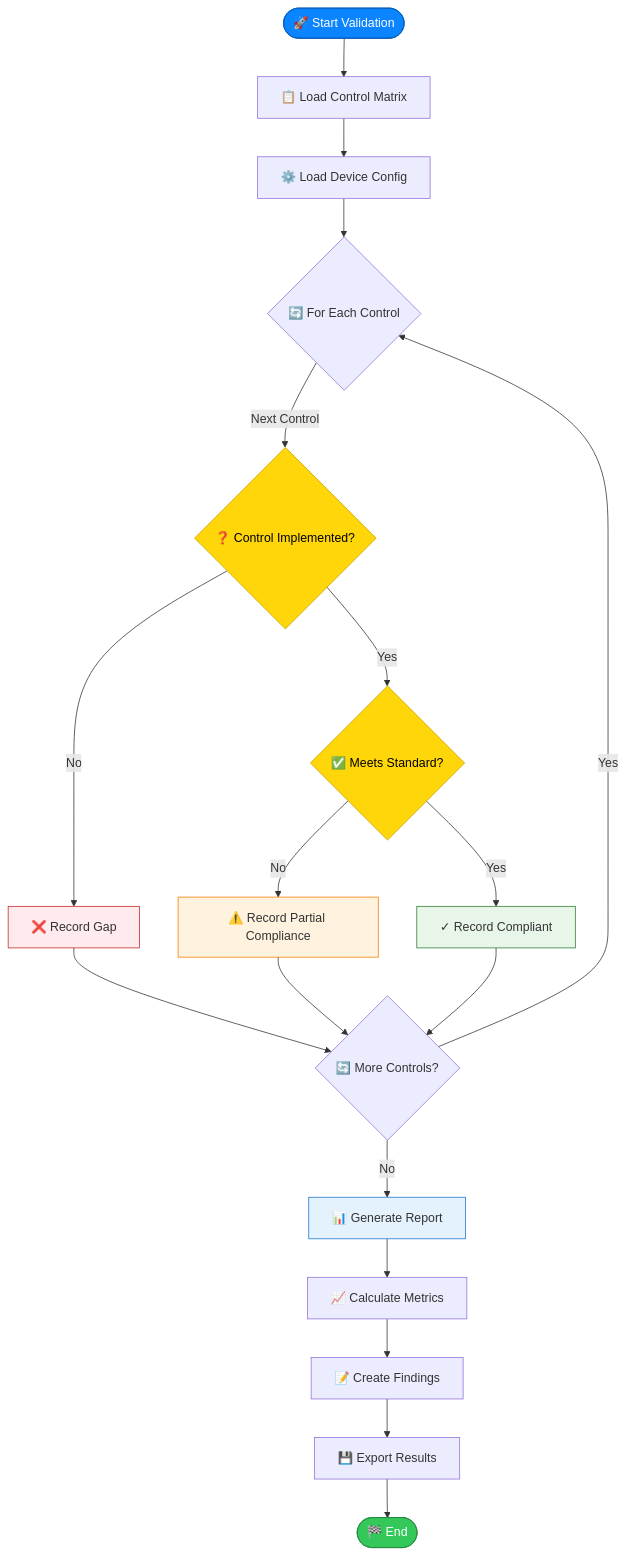
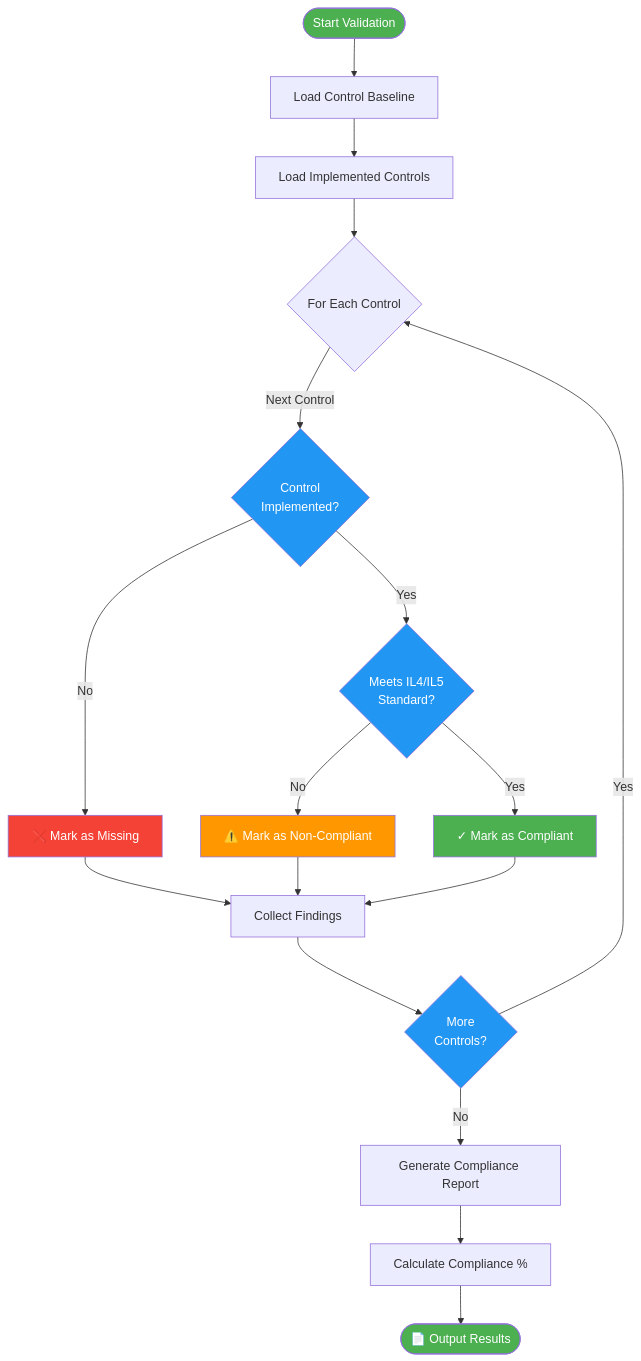
The third of 4 diagrams in security-compliance/fedramp/README.md (Suren-Jewels/Scripts-Toolkit), drawn with Mermaid before and after one commit. The commit also changed other lines of this file, not shown here.

````diff
--- a/security-compliance/fedramp/README.md
+++ b/security-compliance/fedramp/README.md
@@ -155,34 +141,36 @@
 ```mermaid
-flowchart TB
-    Start([🚀 Start Validation]) --> LoadMatrix[📋 Load Control Matrix]
-    LoadMatrix --> LoadDevice[⚙️ Load Device Config]
-    LoadDevice --> Iterate{🔄 For Each Control}
+flowchart TD
+    Start([Start Validation]) --> LoadBaseline[Load Control Baseline]
+    LoadBaseline --> LoadImplemented[Load Implemented Controls]
     
-    Iterate -->|Next Control| CheckExists{❓ Control Implemented?}
-    CheckExists -->|No| RecordGap[❌ Record Gap]
-    CheckExists -->|Yes| CheckStandard{✅ Meets Standard?}
+    LoadImplemented --> IterateControls{For Each Control}
     
-    CheckStandard -->|No| RecordPartial[⚠️ Record Partial Compliance]
-    CheckStandard -->|Yes| RecordPass[✓ Record Compliant]
+    IterateControls -->|Next Control| CheckExists{Control<br/>Implemented?}
     
-    RecordGap --> NextControl{🔄 More Controls?}
-    RecordPartial --> NextControl
-    RecordPass --> NextControl
+    CheckExists -->|No| MarkMissing[❌ Mark as Missing]
+    CheckExists -->|Yes| CheckStandard{Meets IL4/IL5<br/>Standard?}
     
-    NextControl -->|Yes| Iterate
-    NextControl -->|No| GenerateReport[📊 Generate Report]
+    CheckStandard -->|No| MarkNonCompliant[⚠️ Mark as Non-Compliant]
+    CheckStandard -->|Yes| MarkCompliant[✓ Mark as Compliant]
     
-    GenerateReport --> CalcMetrics[📈 Calculate Metrics]
-    CalcMetrics --> CreateFindings[📝 Create Findings]
-    CreateFindings --> ExportResults[💾 Export Results]
-    ExportResults --> End([🏁 End])
+    MarkMissing --> CollectFindings[Collect Findings]
+    MarkNonCompliant --> CollectFindings
+    MarkCompliant --> CollectFindings
     
-    style Start fill:#0A84FF,stroke:#005BBB,color:#fff
-    style End fill:#34C759,stroke:#248A3D,color:#fff
-    style CheckExists fill:#FFD60A,stroke:#C7A100,color:#000
-    style CheckStandard fill:#FFD60A,stroke:#C7A100,color:#000
-    style RecordGap fill:#FFEBEE,stroke:#C62828
-    style RecordPartial fill:#FFF3E0,stroke:#F57C00
-    style RecordPass fill:#E8F5E9,stroke:#2E7D32
-    style GenerateReport fill:#E3F2FD,stroke:#1976D2
+    CollectFindings --> MoreControls{More<br/>Controls?}
+    
+    MoreControls -->|Yes| IterateControls
+    MoreControls -->|No| GenerateReport[Generate Compliance Report]
+    
+    GenerateReport --> CalculateMetrics[Calculate Compliance %]
+    CalculateMetrics --> OutputResults([📄 Output Results])
+    
+    style Start fill:#4CAF50,color:#fff
+    style OutputResults fill:#4CAF50,color:#fff
+    style MarkCompliant fill:#4CAF50,color:#fff
+    style MarkNonCompliant fill:#FF9800,color:#fff
+    style MarkMissing fill:#F44336,color:#fff
+    style CheckExists fill:#2196F3,color:#fff
+    style CheckStandard fill:#2196F3,color:#fff
+    style MoreControls fill:#2196F3,color:#fff
 ```
````
